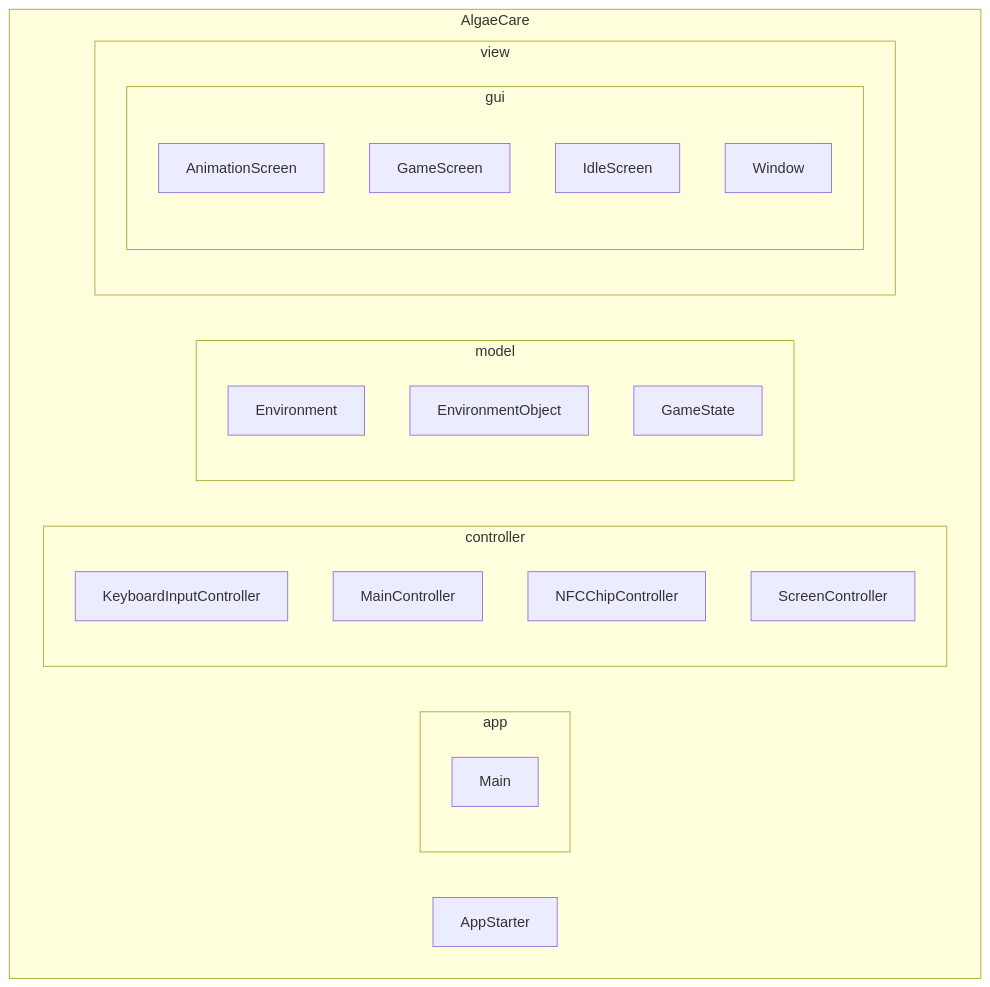
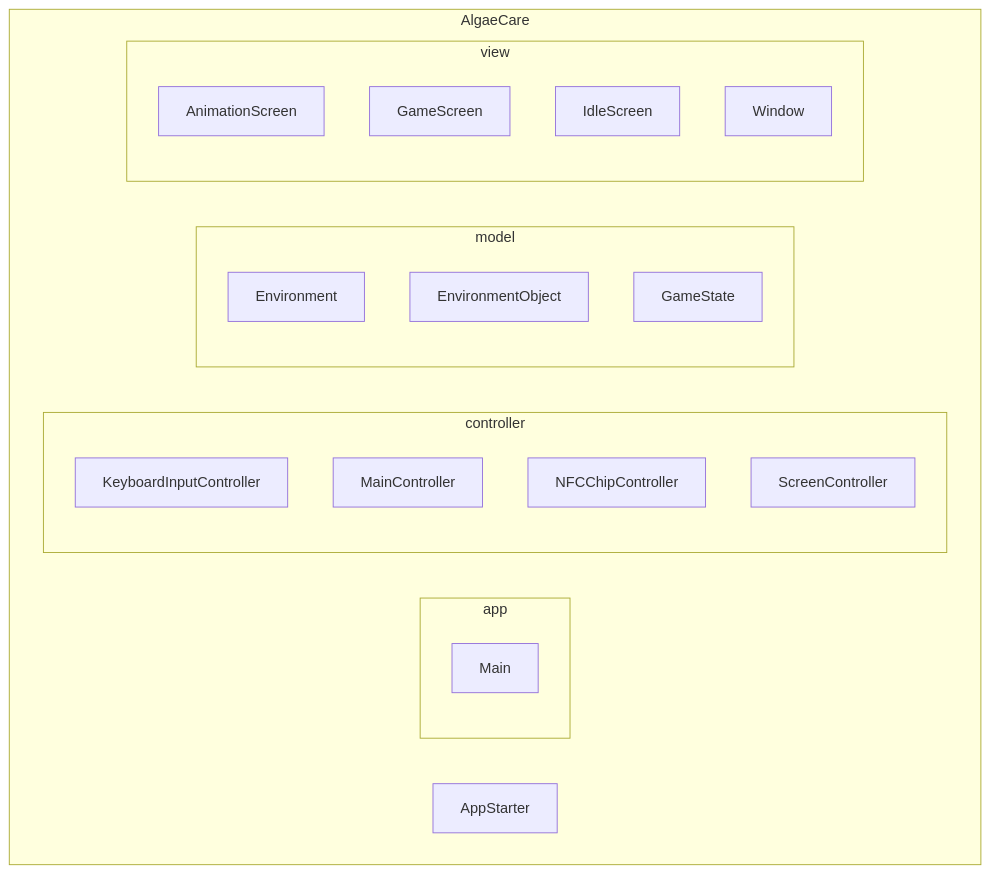
The second of 3 diagrams in content/sad/bausteinsicht.mdx (algaecare/documentation), drawn with Mermaid before and after one commit. The commit also changed other lines of this file and 3 other files, not shown here.

````diff
--- a/content/sad/bausteinsicht.mdx
+++ b/content/sad/bausteinsicht.mdx
@@ -32,29 +32,27 @@
 ```mermaid
 graph TD
     subgraph AlgaeCare
         subgraph app
             Main
         end
         subgraph controller
             KeyboardInputController
             MainController
             NFCChipController
             ScreenController
         end
         subgraph model
             Environment
             EnvironmentObject
             GameState
         end
         subgraph view
-            subgraph gui
-                AnimationScreen
-                GameScreen
-                IdleScreen
-                ScreenController
-                Window
-            end
+            AnimationScreen
+            GameScreen
+            IdleScreen
+            ScreenController
+            Window
         end
         AppStarter
     end
 ```
````
